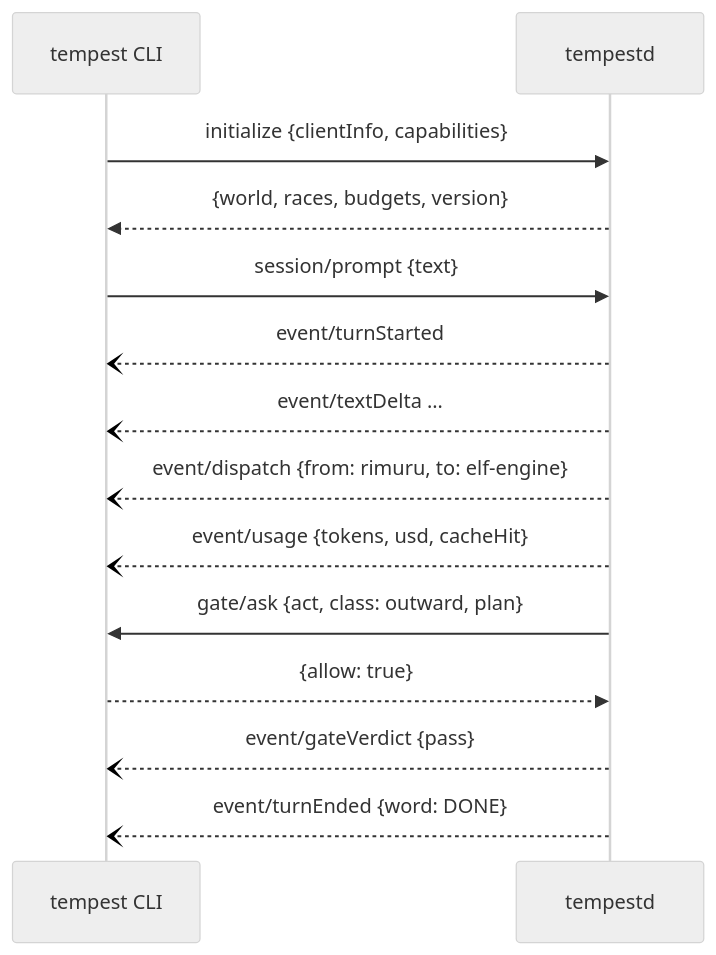
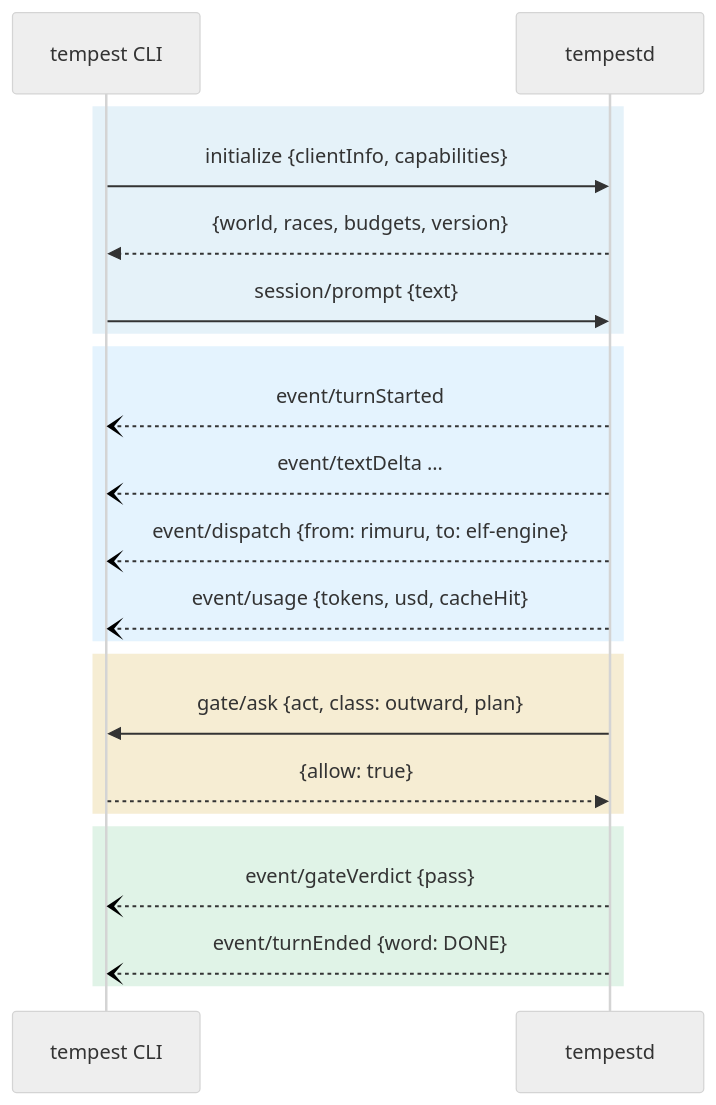
The fourth of 4 diagrams in docs/04-communication.md (Kaginari/mnemorph), drawn with Mermaid before and after one commit. The commit also changed other lines of this file and 9 other files, not shown here.

Commit message:
docs: colour in every diagram — one palette, a colour per race, phases in sequence diagrams, labels no longer clipped; the MCP page keeps its diagram only

````diff
--- a/docs/04-communication.md
+++ b/docs/04-communication.md
@@ -225,21 +253,31 @@
 ```mermaid
 ---
 config:
   look: handDrawn
   theme: neutral
+  flowchart:
+    wrappingWidth: 360
 ---
 sequenceDiagram
     participant CLI as tempest CLI
     participant D as tempestd
+    rect rgba(2,132,199,0.10)
     CLI->>D: initialize {clientInfo, capabilities}
     D-->>CLI: {world, races, budgets, version}
     CLI->>D: session/prompt {text}
+    end
+    rect rgba(63,169,245,0.14)
     D--)CLI: event/turnStarted
     D--)CLI: event/textDelta …
     D--)CLI: event/dispatch {from: rimuru, to: elf-engine}
     D--)CLI: event/usage {tokens, usd, cacheHit}
+    end
+    rect rgba(212,175,55,0.22)
     D->>CLI: gate/ask {act, class: outward, plan}
     CLI-->>D: {allow: true}
+    end
+    rect rgba(22,163,74,0.13)
     D--)CLI: event/gateVerdict {pass}
     D--)CLI: event/turnEnded {word: DONE}
+    end
 ```
````
